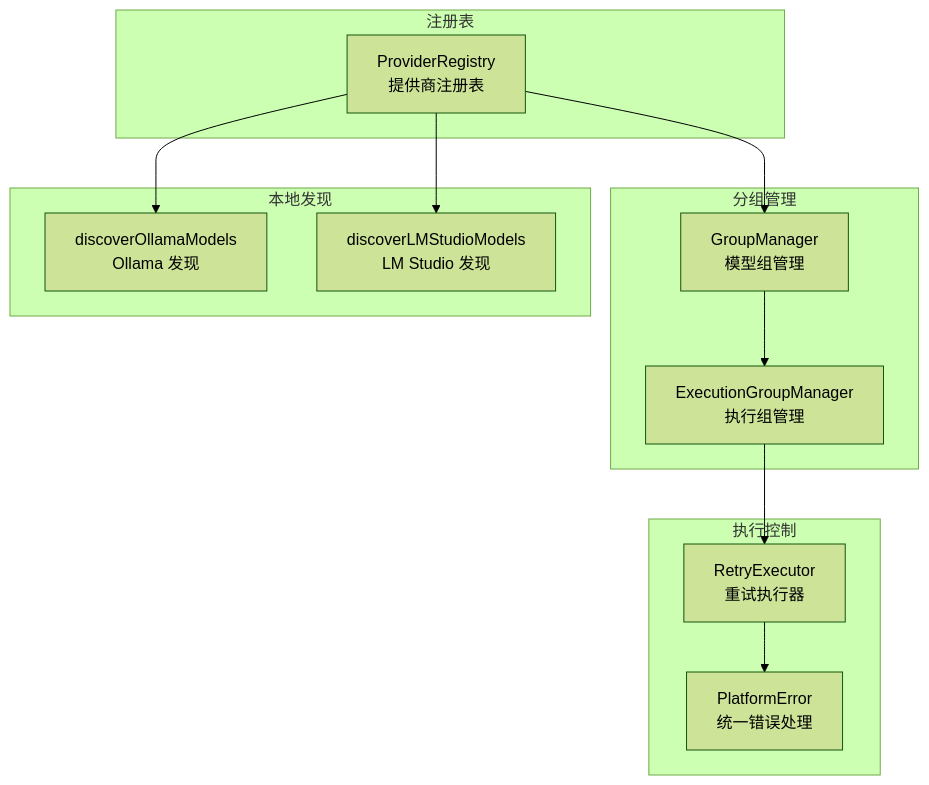
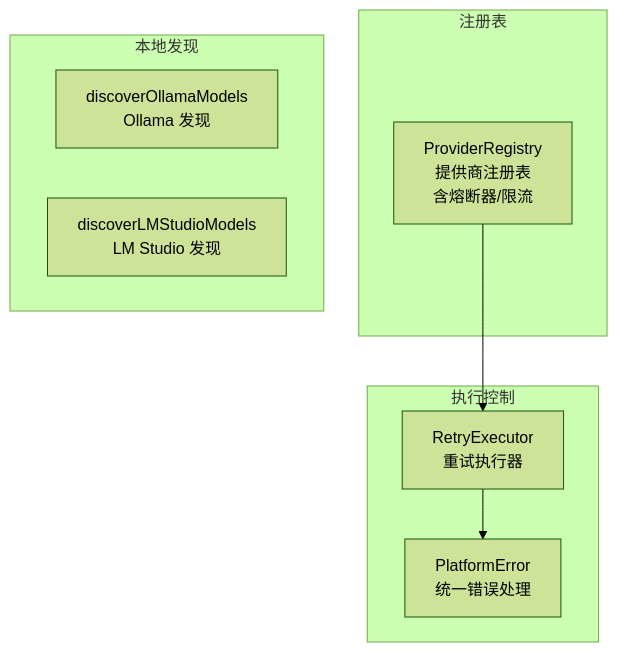
Before and after one commit to OpenNekoPaw/neko-suite: the diagram in packages/neko-agent/packages/platform/src/provider/README.md, drawn with Mermaid (forest theme). The commit also changed other lines of this file and 18 other files, not shown here.

````diff
--- a/packages/neko-agent/packages/platform/src/provider/README.md
+++ b/packages/neko-agent/packages/platform/src/provider/README.md
@@ -7,28 +7,19 @@
 ```mermaid
 graph TB
     subgraph "注册表"
-        Registry[ProviderRegistry<br/>提供商注册表]
-    end
-
-    subgraph "分组管理"
-        GroupMgr[GroupManager<br/>模型组管理]
-        ExecGroup[ExecutionGroupManager<br/>执行组管理]
+        Registry[ProviderRegistry<br/>提供商注册表<br/>含熔断器/限流]
     end
 
     subgraph "本地发现"
         Ollama[discoverOllamaModels<br/>Ollama 发现]
         LMStudio[discoverLMStudioModels<br/>LM Studio 发现]
     end
 
     subgraph "执行控制"
         Retry[RetryExecutor<br/>重试执行器]
         Error[PlatformError<br/>统一错误处理]
     end
 
-    Registry --> GroupMgr
-    GroupMgr --> ExecGroup
-    Registry --> Ollama
-    Registry --> LMStudio
-    ExecGroup --> Retry
+    Registry --> Retry
     Retry --> Error
 ```
````
